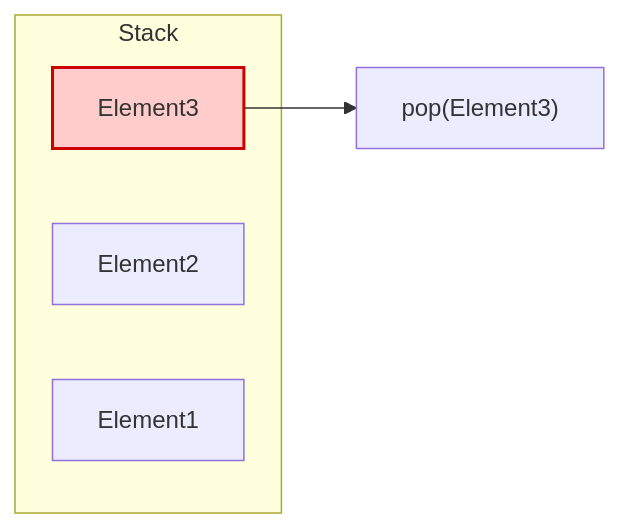
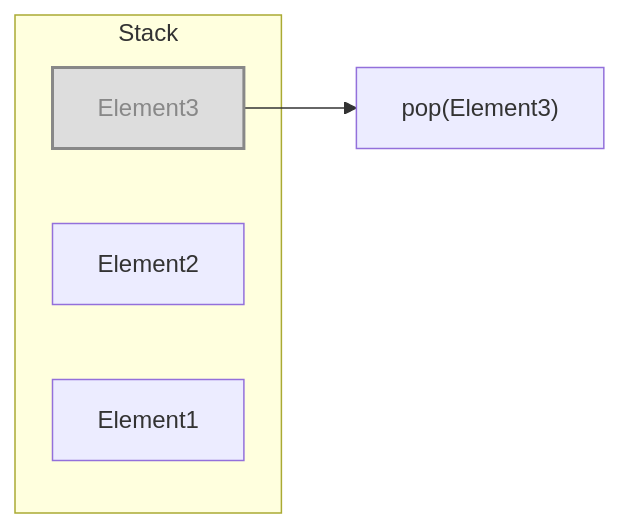
The diagram in slides/03_stack-2c.md (stefanmaeder/assembler), drawn with Mermaid before and after one commit.

````diff
--- a/slides/03_stack-2c.md
+++ b/slides/03_stack-2c.md
@@ -5,15 +5,15 @@
 ```mermaid
 flowchart LR
     pop["pop(Element3)"]
     
     subgraph Stack
         C["Element3"]
         B["Element2"]
         A["Element1"]
     end
     
     C --> pop
 
-style C fill:#ffcccc,stroke:#cc0000,stroke-width:2px
+style C fill:#ddd,stroke:#888,color:#888,stroke-width:2px
 
 ```
````
